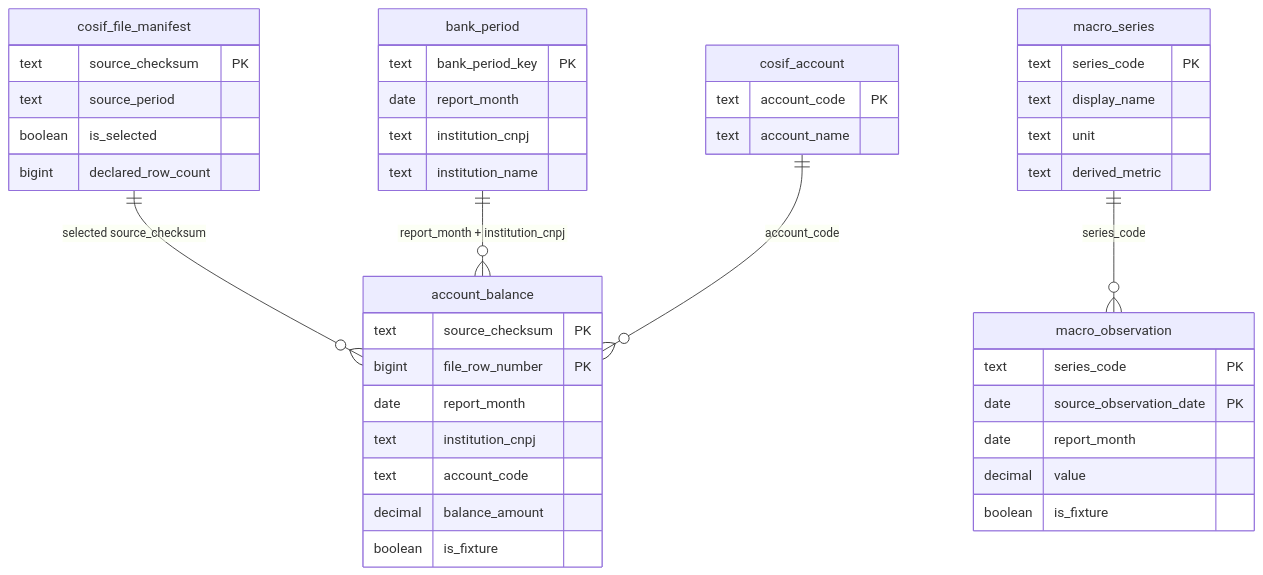
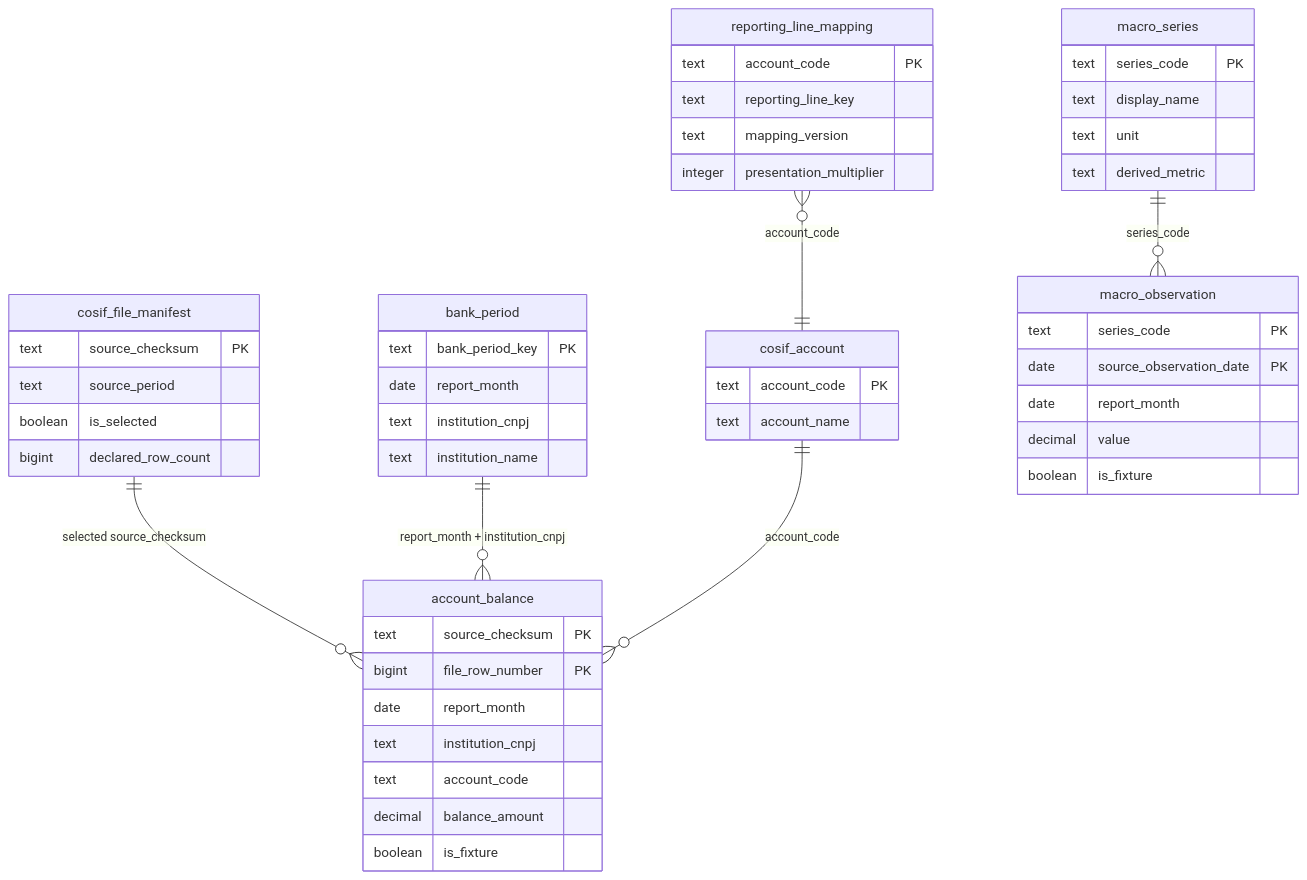
The third of 4 diagrams in docs/architecture.md (rafaelmjf/showcase-e2e-banking-analytics), drawn with Mermaid before and after one commit. The commit also changed other lines of this file and 134 other files, not shown here.

````diff
--- a/docs/architecture.md
+++ b/docs/architecture.md
@@ -185,46 +187,53 @@
 ```mermaid
 erDiagram
     cosif_file_manifest ||--o{ account_balance : "selected source_checksum"
     bank_period ||--o{ account_balance : "report_month + institution_cnpj"
     cosif_account ||--o{ account_balance : "account_code"
     macro_series ||--o{ macro_observation : "series_code"
+    reporting_line_mapping }o--|| cosif_account : "account_code"
 
     cosif_file_manifest {
         text source_checksum PK
         text source_period
         boolean is_selected
         bigint declared_row_count
     }
     account_balance {
         text source_checksum PK
         bigint file_row_number PK
         date report_month
         text institution_cnpj
         text account_code
         decimal balance_amount
         boolean is_fixture
     }
     bank_period {
         text bank_period_key PK
         date report_month
         text institution_cnpj
         text institution_name
     }
     cosif_account {
         text account_code PK
         text account_name
     }
     macro_series {
         text series_code PK
         text display_name
         text unit
         text derived_metric
     }
     macro_observation {
         text series_code PK
         date source_observation_date PK
         date report_month
         decimal value
         boolean is_fixture
     }
+    reporting_line_mapping {
+        text account_code PK
+        text reporting_line_key
+        text mapping_version
+        integer presentation_multiplier
+    }
 ```
````
